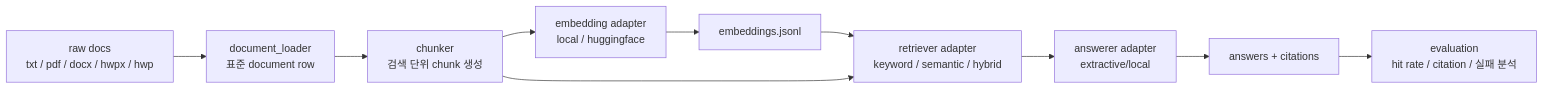
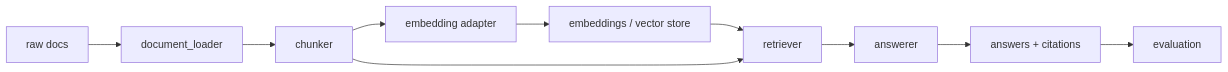
Before and after one commit to Codeit-Part3-6Team/Codeit-Part3-6Team-Project: the diagram in docs/md/overview/MODULE_ARCHITECTURE.md, drawn with Mermaid. The commit also changed other lines of this file and 24 other files, not shown here.

````diff
--- a/docs/md/overview/MODULE_ARCHITECTURE.md
+++ b/docs/md/overview/MODULE_ARCHITECTURE.md
@@ -151,22 +38,12 @@
 ```mermaid
 flowchart LR
-  docs["raw docs<br/>txt / pdf / docx / hwpx / hwp"]
-  loader["document_loader<br/>표준 document row"]
-  chunker["chunker<br/>검색 단위 chunk 생성"]
-  embedding["embedding adapter<br/>local / huggingface"]
-  vectors["embeddings.jsonl"]
-  retriever["retriever adapter<br/>keyword / semantic / hybrid"]
-  answerer["answerer adapter<br/>extractive/local"]
-  eval["evaluation<br/>hit rate / citation / 실패 분석"]
-  answer["answers + citations"]
-
-  docs --> loader
-  loader --> chunker
-  chunker --> embedding
-  embedding --> vectors
-  vectors --> retriever
-  chunker --> retriever
-  retriever --> answerer
-  answerer --> answer
-  answer --> eval
+  A["raw docs"] --> B["document_loader"]
+  B --> C["chunker"]
+  C --> D["embedding adapter"]
+  D --> E["embeddings / vector store"]
+  E --> F["retriever"]
+  C --> F
+  F --> G["answerer"]
+  G --> H["answers + citations"]
+  H --> I["evaluation"]
 ```
````
